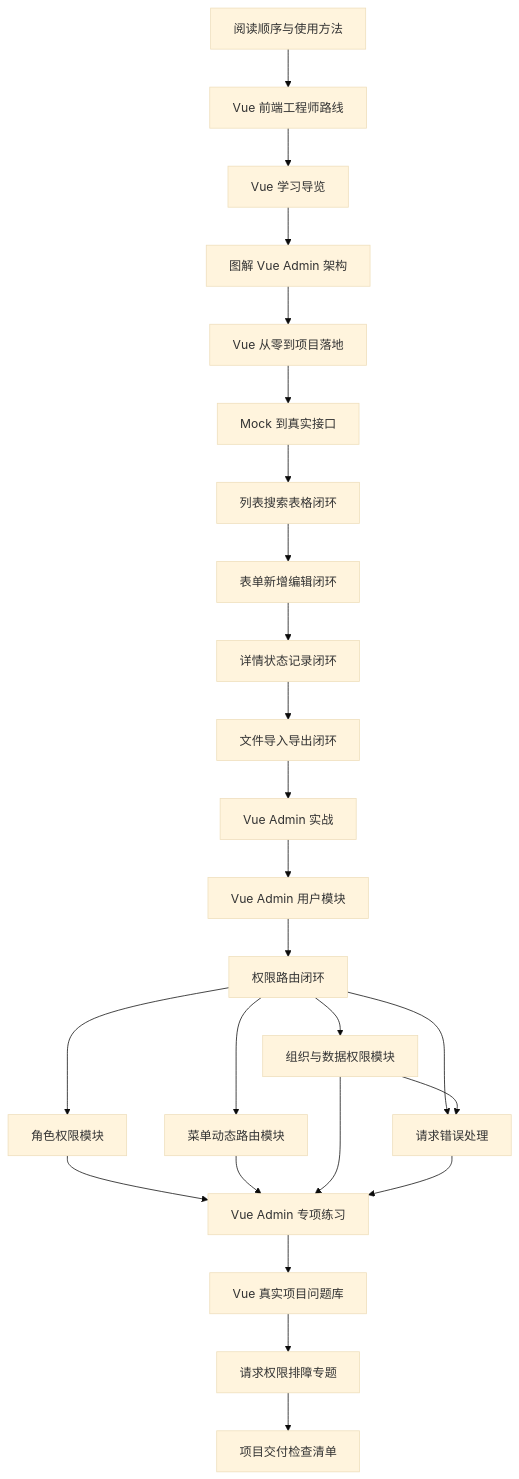
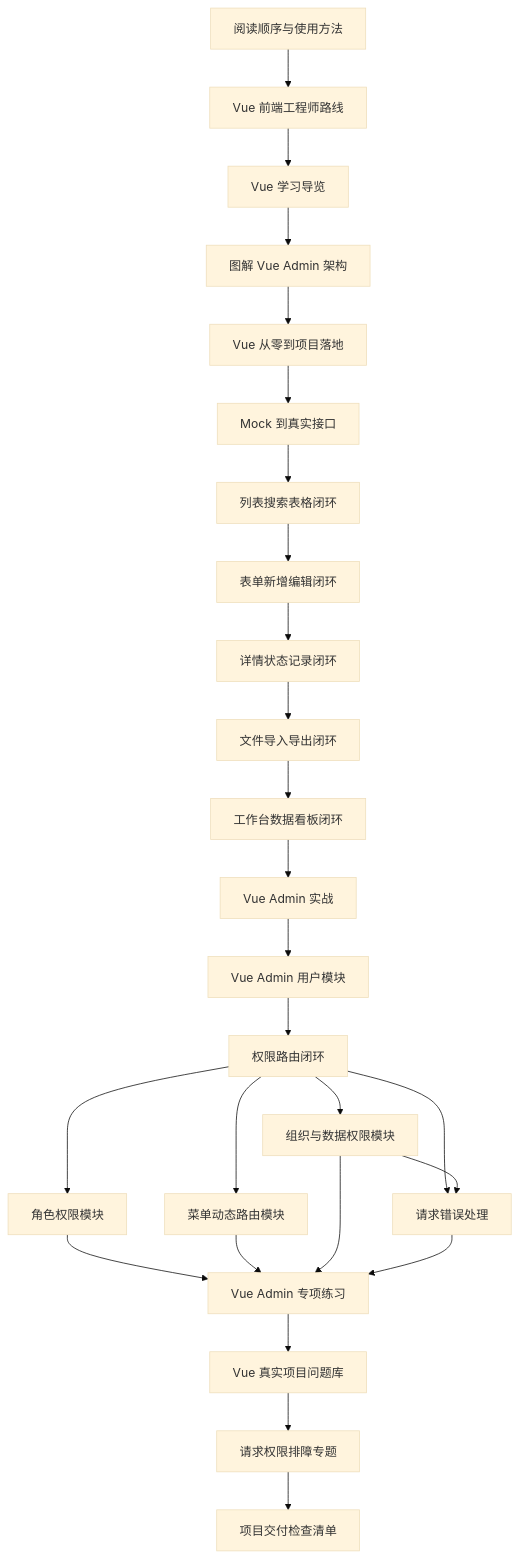
The second of 10 diagrams in docs/roadmap/vue-admin-learning-map.md (yokry-he/yok-study-web), drawn with Mermaid (base theme) before and after one commit. The commit also changed other lines of this file and 12 other files, not shown here.

Commit message:
docs: add Vue Admin dashboard analytics guide

````diff
--- a/docs/roadmap/vue-admin-learning-map.md
+++ b/docs/roadmap/vue-admin-learning-map.md
@@ -56,27 +56,28 @@
 ```mermaid
 flowchart TD
   A["阅读顺序与使用方法"] --> B["Vue 前端工程师路线"]
   B --> C["Vue 学习导览"]
   C --> D["图解 Vue Admin 架构"]
   D --> E["Vue 从零到项目落地"]
   E --> F["Mock 到真实接口"]
   F --> G["列表搜索表格闭环"]
   G --> H["表单新增编辑闭环"]
   H --> I["详情状态记录闭环"]
   I --> J["文件导入导出闭环"]
-  J --> K["Vue Admin 实战"]
-  K --> L["Vue Admin 用户模块"]
-  L --> M["权限路由闭环"]
-  M --> N["角色权限模块"]
-  M --> O["菜单动态路由模块"]
-  M --> P["组织与数据权限模块"]
-  M --> Q["请求错误处理"]
-  P --> Q
-  N --> R["Vue Admin 专项练习"]
-  O --> R
-  P --> R
+  J --> K["工作台数据看板闭环"]
+  K --> L["Vue Admin 实战"]
+  L --> M["Vue Admin 用户模块"]
+  M --> N["权限路由闭环"]
+  N --> O["角色权限模块"]
+  N --> P["菜单动态路由模块"]
+  N --> Q["组织与数据权限模块"]
+  N --> R["请求错误处理"]
   Q --> R
-  R --> S["Vue 真实项目问题库"]
-  S --> T["请求权限排障专题"]
-  T --> U["项目交付检查清单"]
+  O --> S["Vue Admin 专项练习"]
+  P --> S
+  Q --> S
+  R --> S
+  S --> T["Vue 真实项目问题库"]
+  T --> U["请求权限排障专题"]
+  U --> V["项目交付检查清单"]
 ```
````
